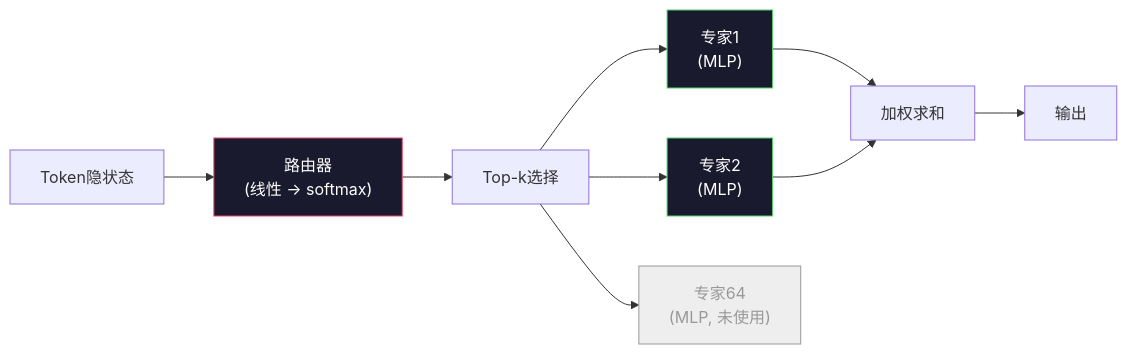
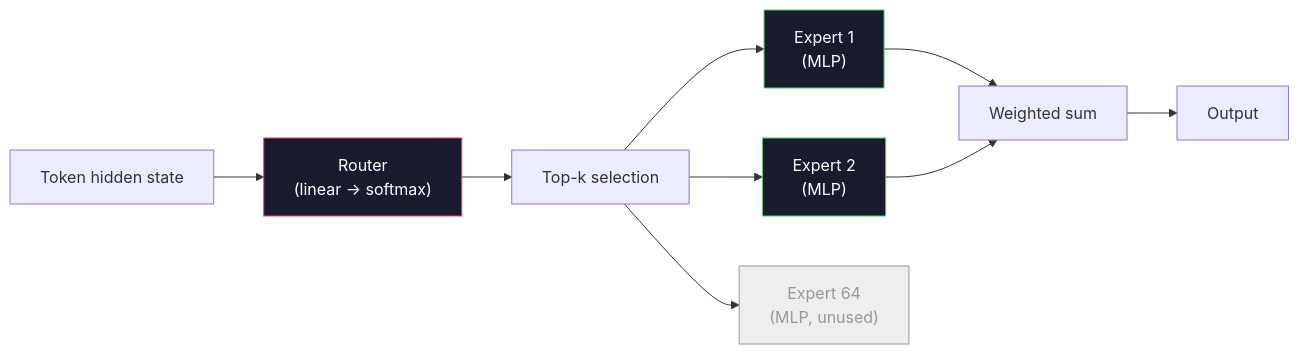
Before and after one commit to xiaojiaenen/ai-engineering-from-scratch-zh: the diagram in i18n/zh/phases/10-llms-from-scratch/14-open-models-architecture-walkthroughs/docs/zh.md, drawn with Mermaid. The commit also changed other lines of this file and 24 other files, not shown here.

````diff
--- a/i18n/zh/phases/10-llms-from-scratch/14-open-models-architecture-walkthroughs/docs/zh.md
+++ b/i18n/zh/phases/10-llms-from-scratch/14-open-models-architecture-walkthroughs/docs/zh.md
@@ -118,16 +118,16 @@
 ```mermaid
 graph LR
-    I["Token隐状态"] --> R["路由器\n(线性 → softmax)"]
-    R --> T["Top-k选择"]
-    T --> E1["专家1\n(MLP)"]
-    T --> E2["专家2\n(MLP)"]
-    T --> EN["专家64\n(MLP, 未使用)"]
-    E1 --> S["加权求和"]
+    I["Token hidden state"] --> R["Router\n(linear -> softmax)"]
+    R --> T["Top-k selection"]
+    T --> E1["Expert 1\n(MLP)"]
+    T --> E2["Expert 2\n(MLP)"]
+    T --> EN["Expert 64\n(MLP, unused)"]
+    E1 --> S["Weighted sum"]
     E2 --> S
-    S --> O["输出"]
+    S --> O["Output"]
 
     style EN fill:#eeeeee,stroke:#999,color:#999
     style E1 fill:#1a1a2e,stroke:#51cf66,color:#fff
     style E2 fill:#1a1a2e,stroke:#51cf66,color:#fff
     style R fill:#1a1a2e,stroke:#e94560,color:#fff
 ```
````
